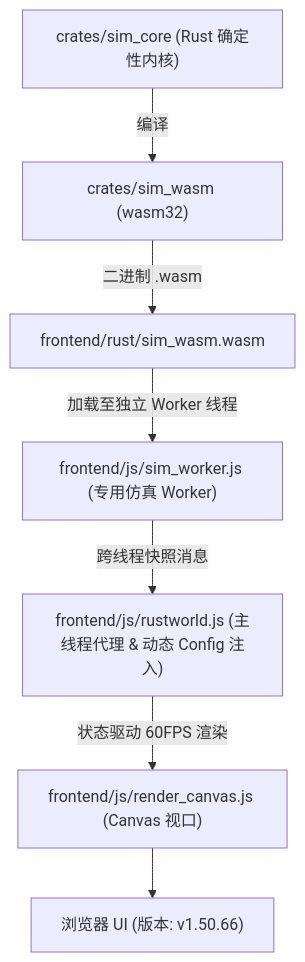
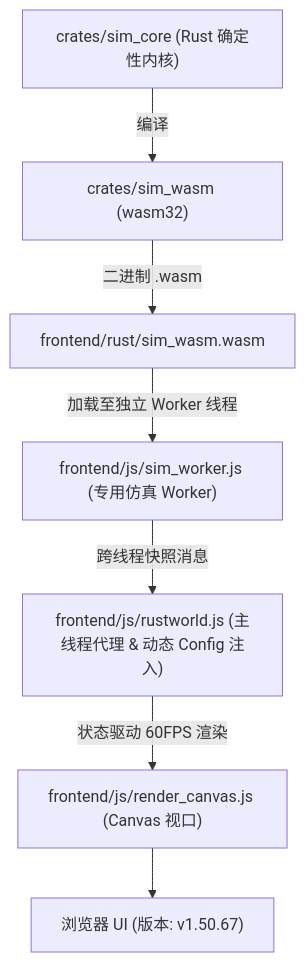
The diagram in AGENTS.md (g39088902/FlowAndAccord), drawn with Mermaid before and after one commit. The commit also changed other lines of this file and 14 other files, not shown here.

````diff
--- a/AGENTS.md
+++ b/AGENTS.md
@@ -61,10 +61,10 @@
 ```mermaid
 graph TD
     A["crates/sim_core (Rust 确定性内核)"] -->|编译| B["crates/sim_wasm (wasm32)"]
     B -->|二进制 .wasm| C["frontend/rust/sim_wasm.wasm"]
     C -->|加载至独立 Worker 线程| D["frontend/js/sim_worker.js (专用仿真 Worker)"]
     D -->|跨线程快照消息| E["frontend/js/rustworld.js (主线程代理 & 动态 Config 注入)"]
     E -->|状态驱动 60FPS 渲染| F["frontend/js/render_canvas.js (Canvas 视口)"]
-    F --> G["浏览器 UI (版本: v1.50.66)"]
+    F --> G["浏览器 UI (版本: v1.50.67)"]
 
 ```
````
